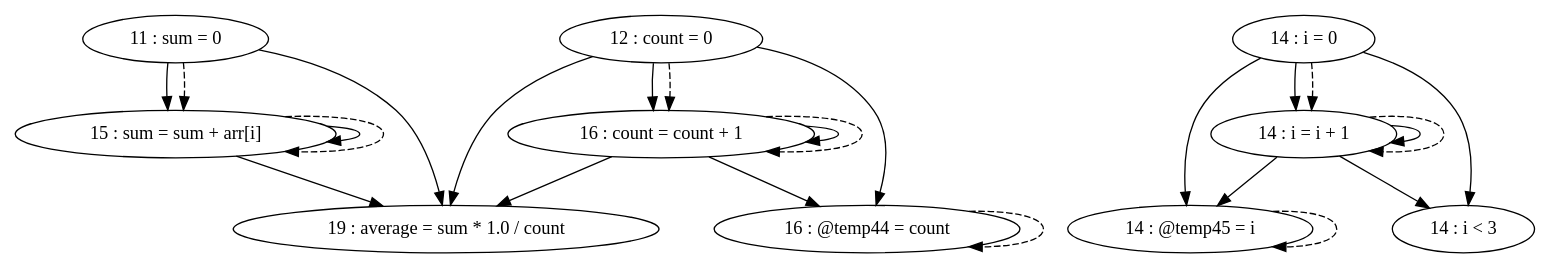
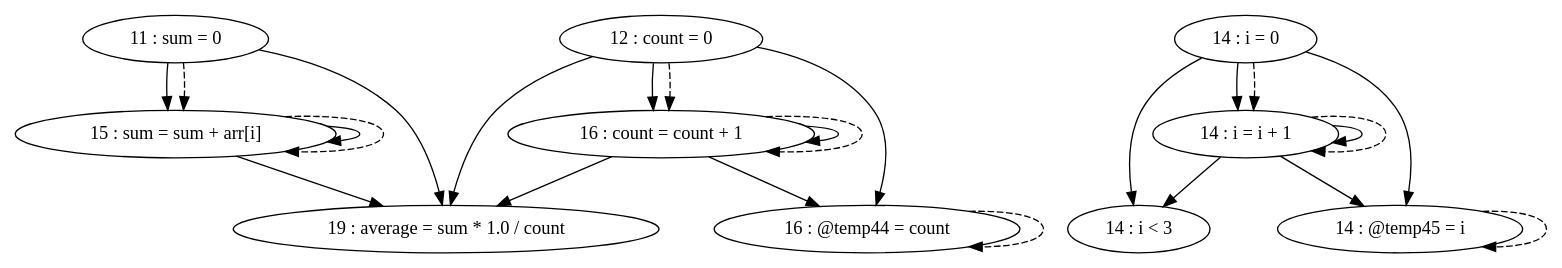
The diagram in pdg/source/testFiles/TestCases/TestCase6/TestCase6-test1.gv (thomassimko/thesis-code-duplication), drawn with Graphviz before and after one commit. The commit also changed other lines of this file and 107 other files, not shown here.

```diff
--- a/pdg/source/testFiles/TestCases/TestCase6/TestCase6-test1.gv
+++ b/pdg/source/testFiles/TestCases/TestCase6/TestCase6-test1.gv
@@ -1,36 +1,36 @@
 digraph G {
 "11 : sum = 0"
 "11 : sum = 0" -> "15 : sum = sum + arr[i]"
 "11 : sum = 0" -> "19 : average = sum * 1.0 / count"
 "11 : sum = 0" -> "15 : sum = sum + arr[i]" [style=dashed]
 "12 : count = 0"
 "12 : count = 0" -> "16 : count = count + 1"
 "12 : count = 0" -> "16 : @temp44 = count"
 "12 : count = 0" -> "19 : average = sum * 1.0 / count"
 "12 : count = 0" -> "16 : count = count + 1" [style=dashed]
 "14 : i = 0"
+"14 : i = 0" -> "14 : i = i + 1"
+"14 : i = 0" -> "14 : i < 3"
 "14 : i = 0" -> "14 : @temp45 = i"
-"14 : i = 0" -> "14 : i < 3"
-"14 : i = 0" -> "14 : i = i + 1"
 "14 : i = 0" -> "14 : i = i + 1" [style=dashed]
 "14 : i < 3"
 "15 : sum = sum + arr[i]"
 "15 : sum = sum + arr[i]" -> "15 : sum = sum + arr[i]"
 "15 : sum = sum + arr[i]" -> "19 : average = sum * 1.0 / count"
 "15 : sum = sum + arr[i]" -> "15 : sum = sum + arr[i]" [style=dashed]
 "16 : @temp44 = count"
 "16 : @temp44 = count" -> "16 : @temp44 = count" [style=dashed]
 "16 : count = count + 1"
 "16 : count = count + 1" -> "16 : count = count + 1"
 "16 : count = count + 1" -> "16 : @temp44 = count"
 "16 : count = count + 1" -> "19 : average = sum * 1.0 / count"
 "16 : count = count + 1" -> "16 : count = count + 1" [style=dashed]
 "14 : @temp45 = i"
 "14 : @temp45 = i" -> "14 : @temp45 = i" [style=dashed]
 "14 : i = i + 1"
+"14 : i = i + 1" -> "14 : i = i + 1"
+"14 : i = i + 1" -> "14 : i < 3"
 "14 : i = i + 1" -> "14 : @temp45 = i"
-"14 : i = i + 1" -> "14 : i < 3"
-"14 : i = i + 1" -> "14 : i = i + 1"
 "14 : i = i + 1" -> "14 : i = i + 1" [style=dashed]
 "19 : average = sum * 1.0 / count"
 }
```
